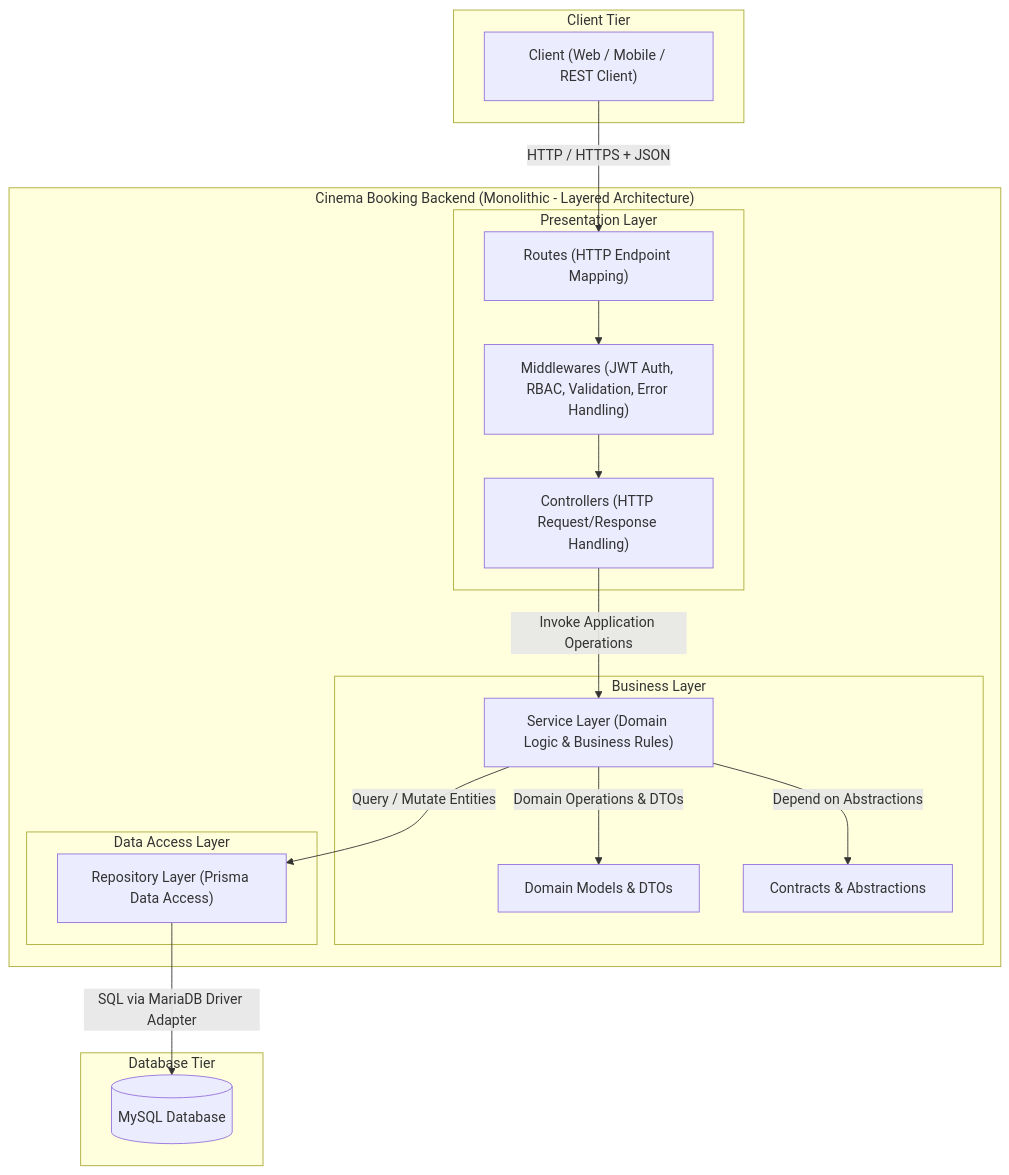
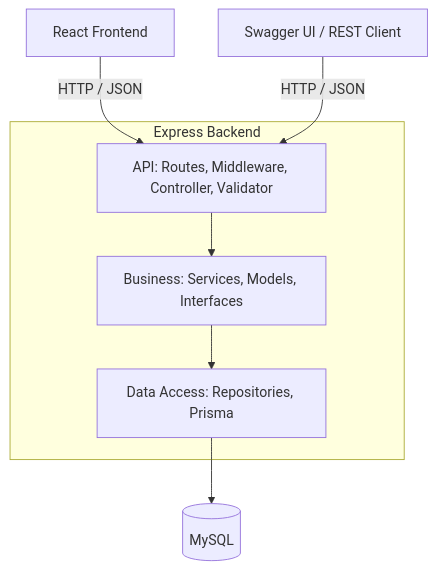
The first of 2 diagrams in README.md (Hezu06/Cinema-Booking-System), drawn with Mermaid before and after one commit. The commit also changed other lines of this file, not shown here.

````diff
--- a/README.md
+++ b/README.md
@@ -38,37 +119,13 @@
 ```mermaid
-graph TD
-    subgraph Client Tier
-        Client["Client (Web / Mobile / REST Client)"]
+flowchart TD
+    FE["React Frontend"] -->|HTTP / JSON| API
+    SW["Swagger UI / REST Client"] -->|HTTP / JSON| API
+    subgraph BE["Express Backend"]
+        API["API: Routes, Middleware, Controller, Validator"]
+        BUS["Business: Services, Models, Interfaces"]
+        DATA["Data Access: Repositories, Prisma"]
+        API --> BUS
+        BUS --> DATA
     end
-
-    subgraph "Cinema Booking Backend (Monolithic - Layered Architecture)"
-        subgraph Presentation Layer
-            Routes["Routes (HTTP Endpoint Mapping)"]
-            MW["Middlewares (JWT Auth, RBAC, Validation, Error Handling)"]
-            Controllers["Controllers (HTTP Request/Response Handling)"]
-        end
-
-        subgraph Business Layer
-            Services["Service Layer (Domain Logic & Business Rules)"]
-            Models["Domain Models & DTOs"]
-            Interfaces["Contracts & Abstractions"]
-        end
-
-        subgraph Data Access Layer
-            Repositories["Repository Layer (Prisma Data Access)"]
-        end
-    end
-
-    subgraph Database Tier
-        DB[("MySQL Database")]
-    end
-
-    Client -->|HTTP / HTTPS + JSON| Routes
-    Routes --> MW
-    MW --> Controllers
-    Controllers -->|Invoke Application Operations| Services
-    Services -->|Domain Operations & DTOs| Models
-    Services -->|Depend on Abstractions| Interfaces
-    Services -->|Query / Mutate Entities| Repositories
-    Repositories -->|SQL via MariaDB Driver Adapter| DB
+    DATA --> DB[("MySQL")]
 ```
````
